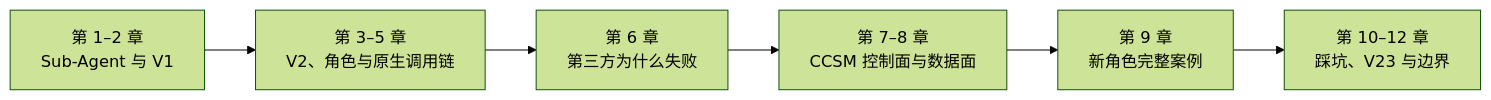
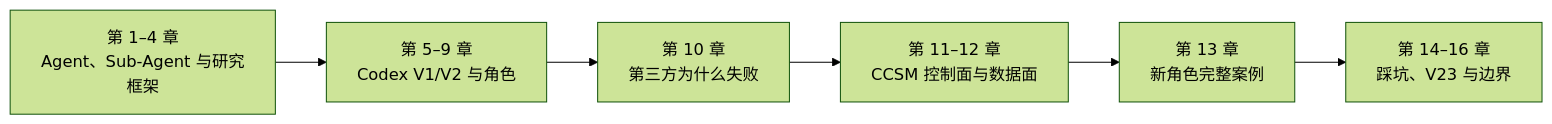
Before and after one commit to BigStrongSun/ccswitchmulti: the first of 18 diagrams in docs/codex-v2-subagent-third-party-adaptation-zh.md, drawn with Mermaid (forest theme). The commit also changed other lines of this file and 2 other files, not shown here.

First line of the commit message:
docs(codex): 建立Sub-Agent学术分析主线

````diff
--- a/docs/codex-v2-subagent-third-party-adaptation-zh.md
+++ b/docs/codex-v2-subagent-third-party-adaptation-zh.md
@@ -36,8 +36,8 @@
 ```mermaid
 flowchart LR
-    A["第 1–2 章<br/>Sub-Agent 与 V1"] --> B["第 3–5 章<br/>V2、角色与原生调用链"]
-    B --> C["第 6 章<br/>第三方为什么失败"]
-    C --> D["第 7–8 章<br/>CCSM 控制面与数据面"]
-    D --> E["第 9 章<br/>新角色完整案例"]
-    E --> F["第 10–12 章<br/>踩坑、V23 与边界"]
+    A["第 1–4 章<br/>Agent、Sub-Agent 与研究框架"] --> B["第 5–9 章<br/>Codex V1/V2 与角色"]
+    B --> C["第 10 章<br/>第三方为什么失败"]
+    C --> D["第 11–12 章<br/>CCSM 控制面与数据面"]
+    D --> E["第 13 章<br/>新角色完整案例"]
+    E --> F["第 14–16 章<br/>踩坑、V23 与边界"]
 ```
````
